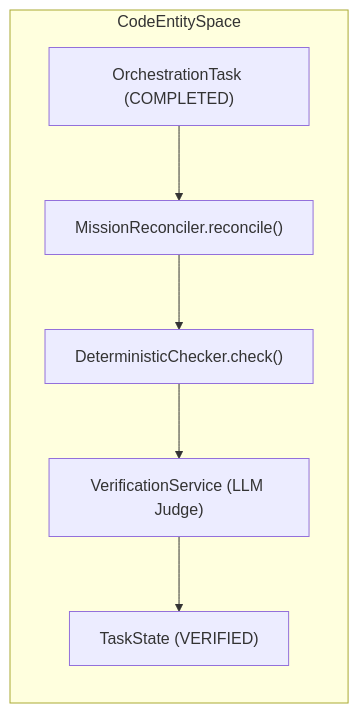
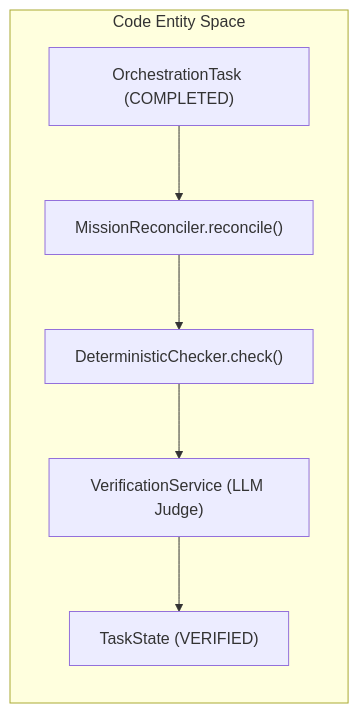
The second of 2 diagrams in docs/missions-multi-agent-coordination/coordinator-service-dispatcher.md (AutomatosAI/automatos-ai), drawn with Mermaid before and after one commit. The commit also changed other lines of this file and 191 other files, not shown here.

````diff
--- a/docs/missions-multi-agent-coordination/coordinator-service-dispatcher.md
+++ b/docs/missions-multi-agent-coordination/coordinator-service-dispatcher.md
@@ -120,15 +142,15 @@
 ```mermaid
 graph LR
-    subgraph "CodeEntitySpace"
+    subgraph "Code Entity Space"
         Task["OrchestrationTask (COMPLETED)"]
         Reconciler["MissionReconciler.reconcile()"]
         DetCheck["DeterministicChecker.check()"]
         Judge["VerificationService (LLM Judge)"]
         FinalState["TaskState (VERIFIED)"]
     end
 
     Task --> Reconciler
     Reconciler --> DetCheck
     DetCheck --> Judge
     Judge --> FinalState
 ```
````
